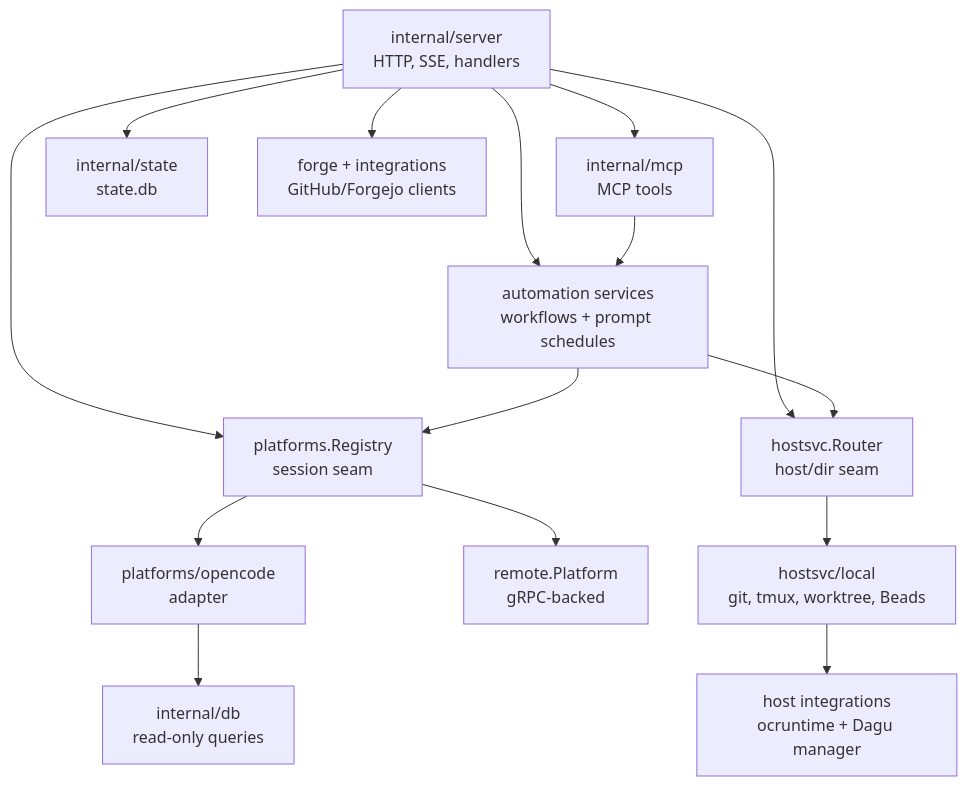
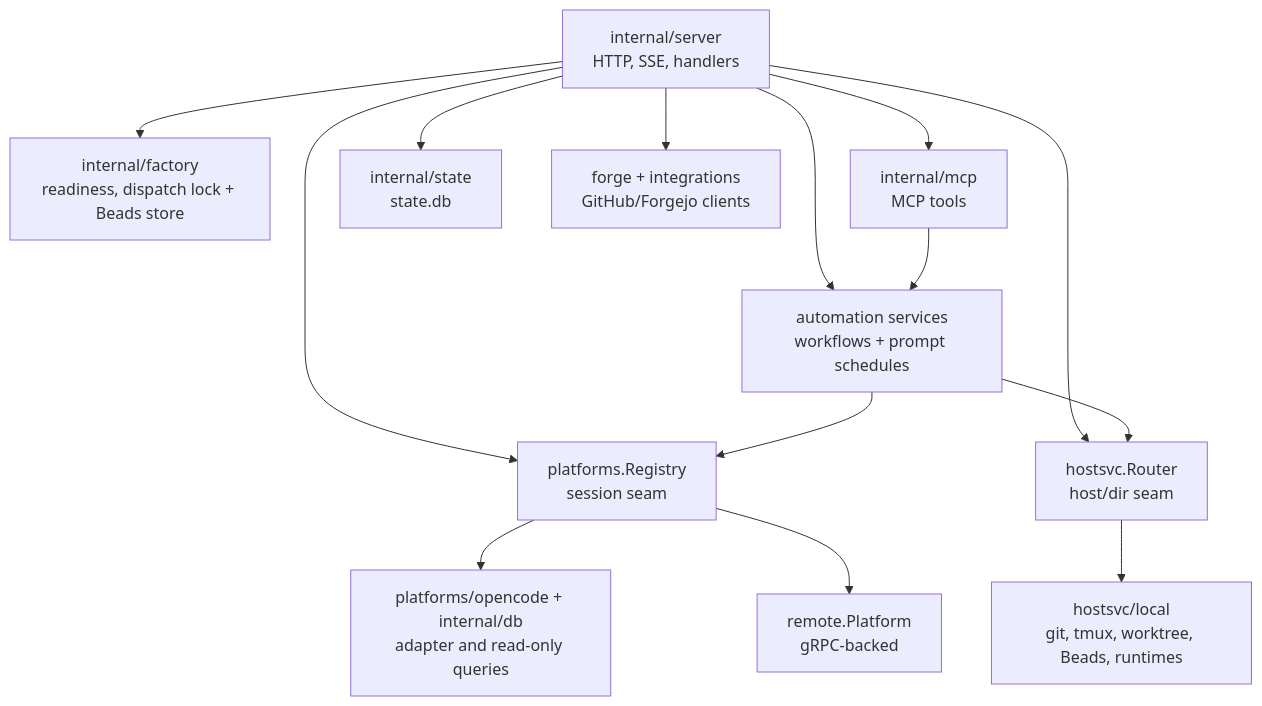
The third of 5 diagrams in docs/other/architecture.md (ocman/ocman), drawn with Mermaid before and after one commit. The commit also changed other lines of this file and 16 other files, not shown here.

Commit message:
feat: expose Factory readiness shell

````diff
--- a/docs/other/architecture.md
+++ b/docs/other/architecture.md
@@ -88,17 +88,16 @@
 ```mermaid
 flowchart TD
     Server[internal/server<br/>HTTP, SSE, handlers] --> Registry[platforms.Registry<br/>session seam]
     Server --> Router[hostsvc.Router<br/>host/dir seam]
     Server --> Workflows[automation services<br/>workflows + prompt schedules]
+    Server --> Factory[internal/factory<br/>readiness, dispatch lock + Beads store]
     Workflows --> Registry
     Workflows --> Router
     Server --> MCP[internal/mcp<br/>MCP tools]
     MCP --> Workflows
-    Registry --> OC[platforms/opencode<br/>adapter]
+    Registry --> OC[platforms/opencode + internal/db<br/>adapter and read-only queries]
     Registry --> RP[remote.Platform<br/>gRPC-backed]
-    OC --> DB[internal/db<br/>read-only queries]
-    Router --> Local[hostsvc/local<br/>git, tmux, worktree, Beads]
-    Local --> HostTools[host integrations<br/>ocruntime + Dagu manager]
+    Router --> Local[hostsvc/local<br/>git, tmux, worktree, Beads, runtimes]
     Server --> State[internal/state<br/>state.db]
     Server --> Forge[forge + integrations<br/>GitHub/Forgejo clients]
 ```
````
